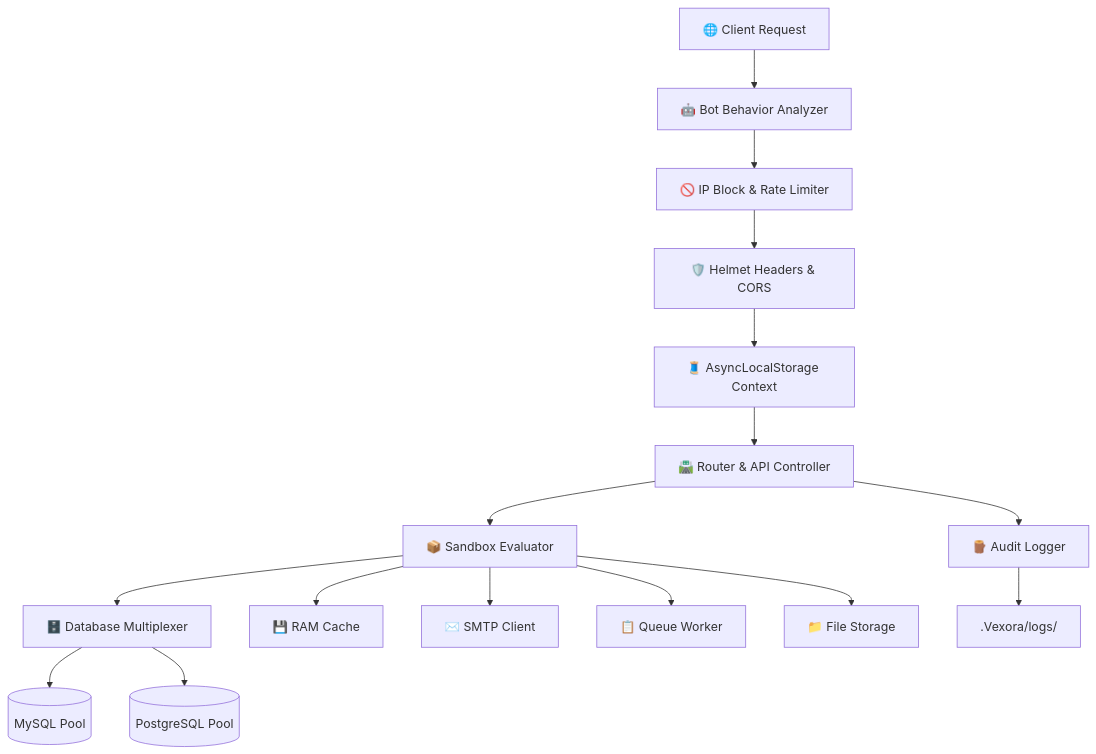
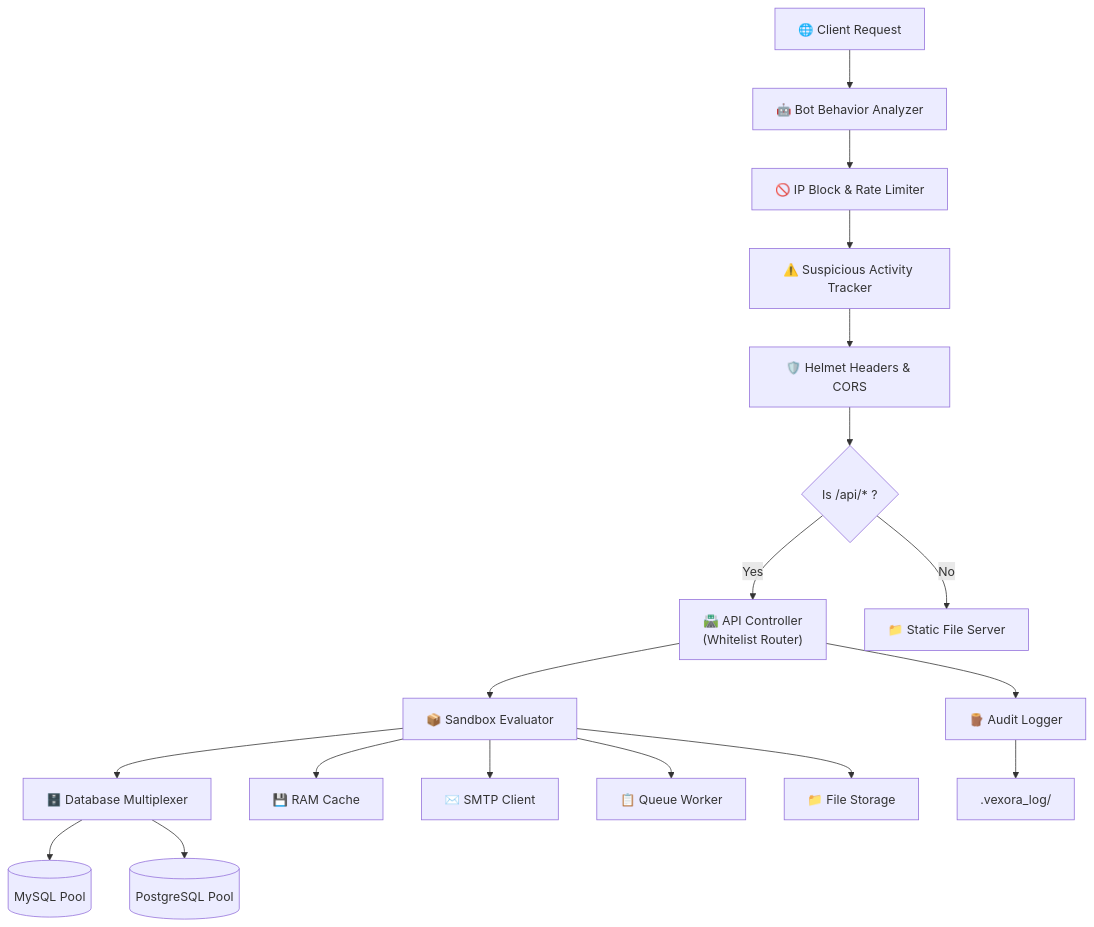
One commit to Satyam9725/vexora changed the diagram in README.md. Above: the diagram before and after it, drawn with Mermaid. The commit also changed other lines of this file, not shown here.

````diff
--- a/README.md
+++ b/README.md
@@ -205,18 +235,20 @@
 ```mermaid
 graph TD
     Client["🌐 Client Request"] --> BotShield["🤖 Bot Behavior Analyzer"]
     BotShield --> IPGuard["🚫 IP Block & Rate Limiter"]
-    IPGuard --> SecurityHeaders["🛡️ Helmet Headers & CORS"]
-    SecurityHeaders --> Context["🧵 AsyncLocalStorage Context"]
-    Context --> Router["🛣️ Router & API Controller"]
-    Router --> Sandbox["📦 Sandbox Evaluator"]
+    IPGuard --> SuspiciousTracker["⚠️ Suspicious Activity Tracker"]
+    SuspiciousTracker --> SecurityHeaders["🛡️ Helmet Headers & CORS"]
+    SecurityHeaders --> RouteDecision{"Is /api/* ?"}
+    RouteDecision -->|Yes| ApiController["🛣️ API Controller<br/>(Whitelist Router)"]
+    RouteDecision -->|No| StaticServer["📁 Static File Server"]
+    ApiController --> Sandbox["📦 Sandbox Evaluator"]
     Sandbox --> DB["🗄️ Database Multiplexer"]
     Sandbox --> Cache["💾 RAM Cache"]
     Sandbox --> Mail["✉️ SMTP Client"]
     Sandbox --> Queue["📋 Queue Worker"]
     Sandbox --> Storage["📁 File Storage"]
     DB --> MySQL[("MySQL Pool")]
     DB --> PG[("PostgreSQL Pool")]
-    Router --> Logger["🪵 Audit Logger"]
-    Logger --> Disk[".Vexora/logs/"]
+    ApiController --> Logger["🪵 Audit Logger"]
+    Logger --> Disk[".vexora_log/"]
 ```
````
